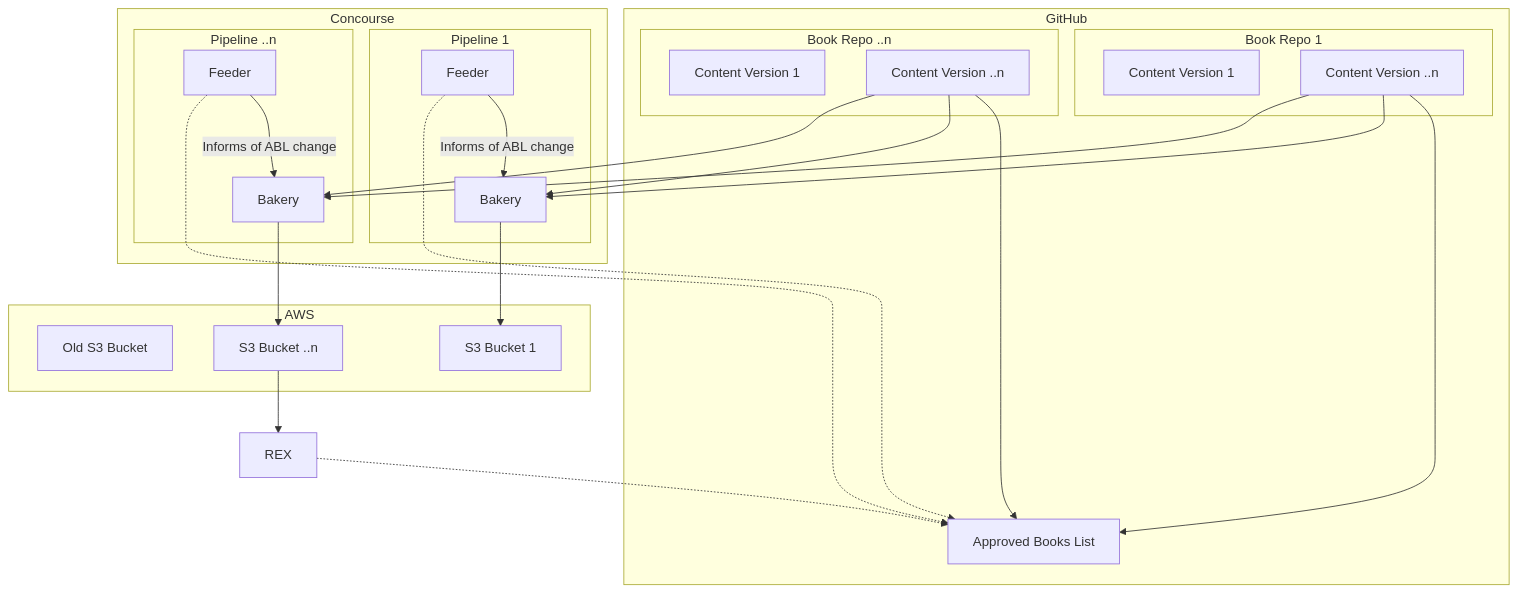
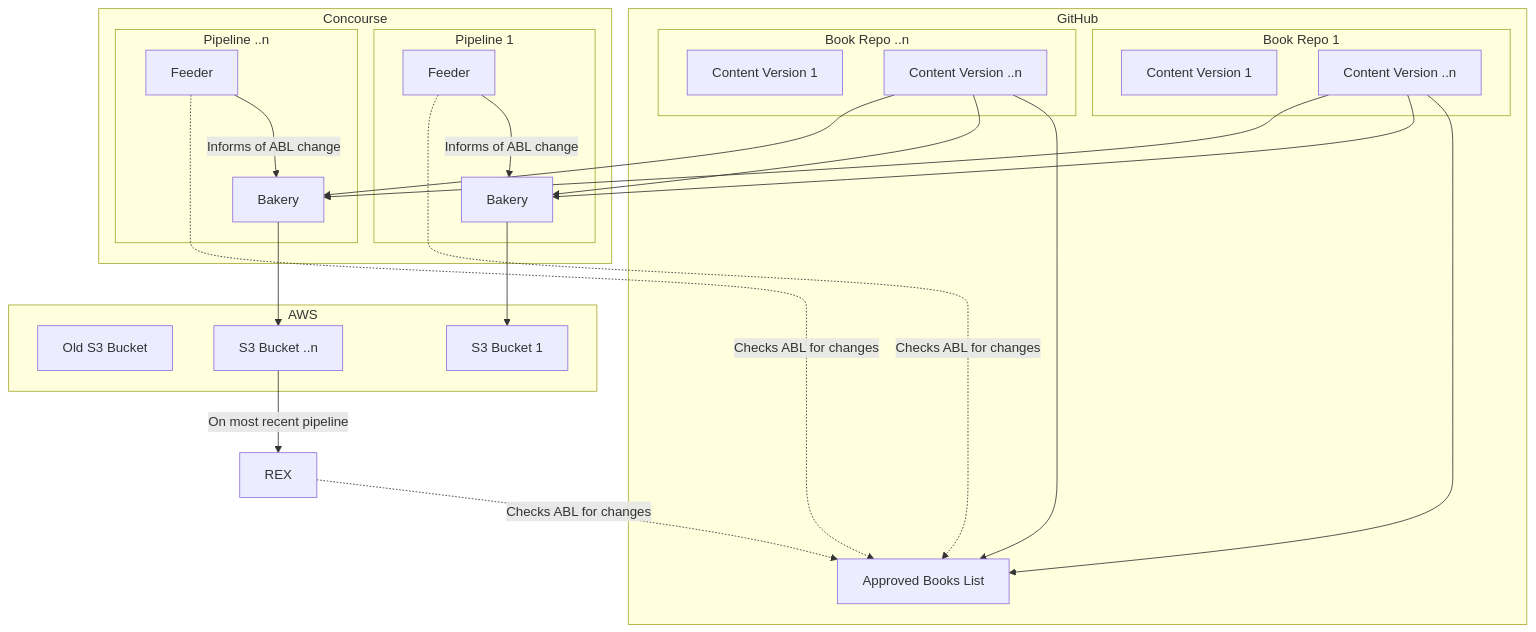
Before and after one commit to ne-newton/charts: the diagram in webhosting.md, drawn with Mermaid.

````diff
--- a/webhosting.md
+++ b/webhosting.md
@@ -1,39 +1,39 @@
 ```mermaid
   flowchart TD
     subgraph GitHub
       subgraph Book Repo 1
         A1[Content Version 1]
         A2[Content Version ..n]
       end
       subgraph Book Repo ..n
         A3[Content Version 1]
         A4[Content Version ..n]
       end
       A5[Approved Books List]
     end
     subgraph Concourse
       subgraph Pipeline 1
         B1[Feeder] -->|Informs of ABL change| B2[Bakery]
       end
       subgraph Pipeline ..n
         B3[Feeder] -->|Informs of ABL change| B4[Bakery]
       end
     end
     subgraph AWS
       C1[Old S3 Bucket]
       C2[S3 Bucket 1]
       C3[S3 Bucket ..n]
     end
     A2 --> A5
     A4 --> A5
     A2 --> B2
     A2 --> B4
     A4 --> B2
     A4 --> B4
     B2 --> C2
     B4 --> C3
-    B1 -.-> A5
-    B3 -.-> A5
-    C3 --> D1[REX]
-    D1 -.-> A5
+    B1 -.->|Checks ABL for changes| A5
+    B3 -.->|Checks ABL for changes| A5
+    C3 -->|On most recent pipeline| D1[REX]
+    D1 -.->|Checks ABL for changes| A5
 ```
````
